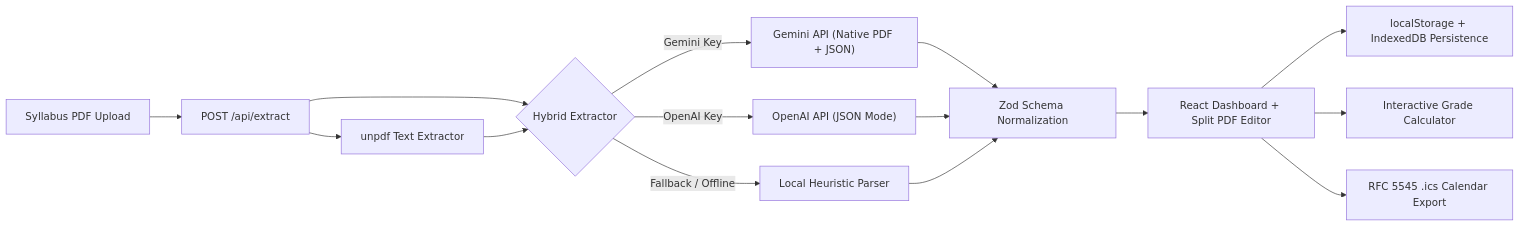
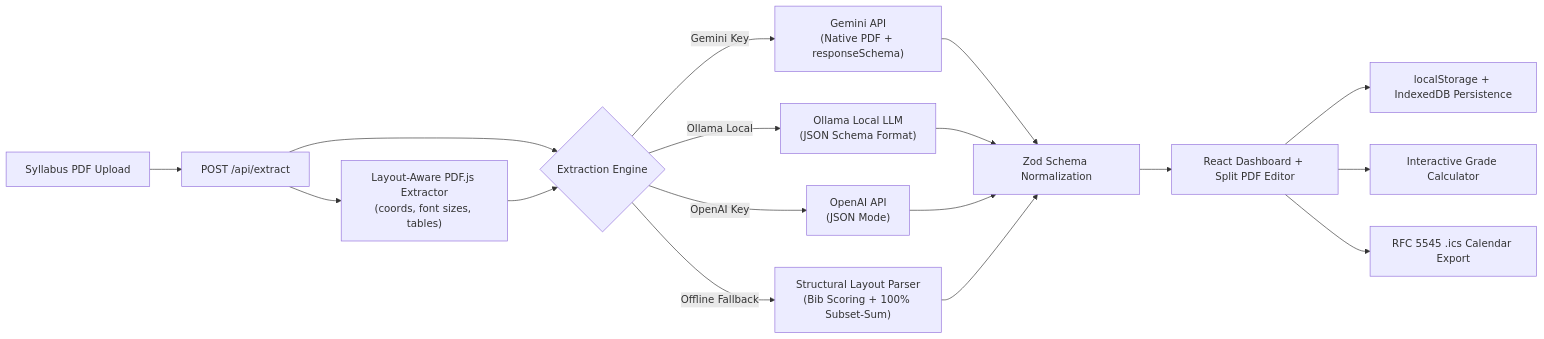
One commit to jwu-dev/syllabus-lens changed the diagram in README.md. Above: the diagram before and after it, drawn with Mermaid. The commit also changed other lines of this file and 13 other files, not shown here.

Commit message:
feat: layout-aware PDF extraction, bibliographic scoring, Gemini responseSchema, and Ollama support

````diff
--- a/README.md
+++ b/README.md
@@ -30,17 +32,19 @@
 ```mermaid
 flowchart LR
     A[Syllabus PDF Upload] --> B["POST /api/extract"]
-    B --> C["unpdf Text Extractor"]
-    B --> D{Hybrid Extractor}
+    B --> C["Layout-Aware PDF.js Extractor<br/>(coords, font sizes, tables)"]
+    B --> D{Extraction Engine}
     C --> D
-    D -->|Gemini Key| E["Gemini API (Native PDF + JSON)"]
-    D -->|OpenAI Key| F["OpenAI API (JSON Mode)"]
-    D -->|Fallback / Offline| G["Local Heuristic Parser"]
-    E --> H["Zod Schema Normalization"]
-    F --> H
-    G --> H
-    H --> I["React Dashboard + Split PDF Editor"]
-    I --> J["localStorage + IndexedDB Persistence"]
-    I --> K["Interactive Grade Calculator"]
-    I --> L["RFC 5545 .ics Calendar Export"]
+    D -->|Gemini Key| E["Gemini API<br/>(Native PDF + responseSchema)"]
+    D -->|Ollama Local| F["Ollama Local LLM<br/>(JSON Schema Format)"]
+    D -->|OpenAI Key| G["OpenAI API<br/>(JSON Mode)"]
+    D -->|Offline Fallback| H["Structural Layout Parser<br/>(Bib Scoring + 100% Subset-Sum)"]
+    E --> I["Zod Schema Normalization"]
+    F --> I
+    G --> I
+    H --> I
+    I --> J["React Dashboard + Split PDF Editor"]
+    J --> K["localStorage + IndexedDB Persistence"]
+    J --> L["Interactive Grade Calculator"]
+    J --> M["RFC 5545 .ics Calendar Export"]
 ```
````
